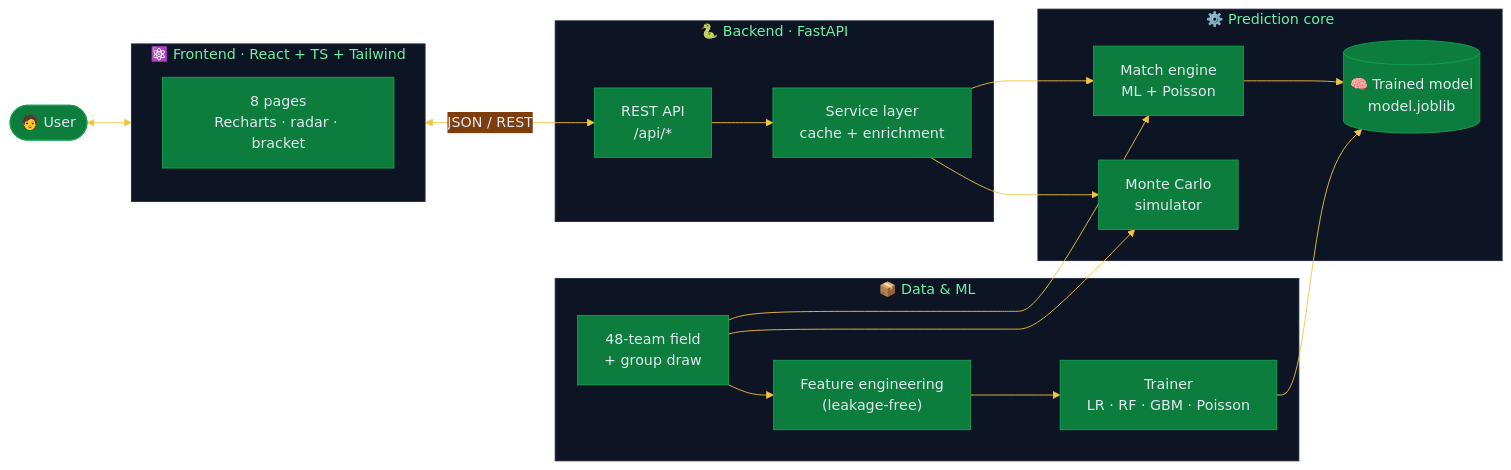
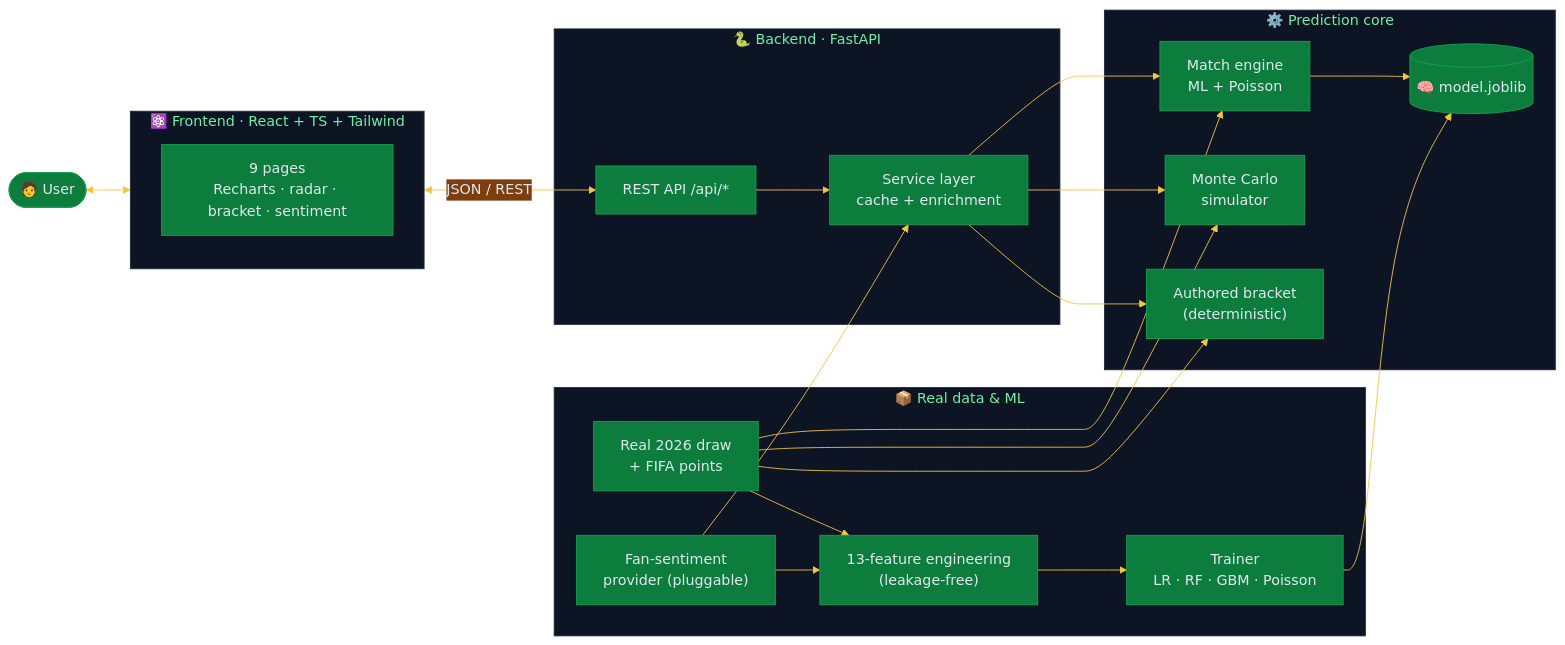
The first of 3 diagrams in README.md (shreyas463/2026-fifa-world-cup-final-predictor), drawn with Mermaid before and after one commit. The commit also changed other lines of this file and 24 other files, not shown here.

````diff
--- a/README.md
+++ b/README.md
@@ -61,37 +68,43 @@
 ```mermaid
 %%{init: {'theme':'base','themeVariables':{'primaryColor':'#0c7d3d','primaryTextColor':'#e2e8f0','primaryBorderColor':'#12a150','lineColor':'#f4c542','fontFamily':'Segoe UI, sans-serif','clusterBkg':'#0d1424','clusterBorder':'#1e293b'}}}%%
 flowchart LR
     User(["🧑 User"]) <--> FE
 
     subgraph FE["⚛️ Frontend · React + TS + Tailwind"]
-        Pages["8 pages<br/>Recharts · radar · bracket"]
+        Pages["9 pages<br/>Recharts · radar · bracket · sentiment"]
     end
 
     FE <-->|"JSON / REST"| API
 
     subgraph BE["🐍 Backend · FastAPI"]
-        API["REST API<br/>/api/*"]
+        API["REST API /api/*"]
         SVC["Service layer<br/>cache + enrichment"]
         API --> SVC
     end
 
     subgraph CORE["⚙️ Prediction core"]
         MATCH["Match engine<br/>ML + Poisson"]
         SIM["Monte Carlo<br/>simulator"]
-        MODEL[("🧠 Trained model<br/>model.joblib")]
+        BRK["Authored bracket<br/>(deterministic)"]
+        MODEL[("🧠 model.joblib")]
     end
 
-    subgraph DATA["📦 Data & ML"]
-        TEAMS["48-team field<br/>+ group draw"]
-        FEAT["Feature engineering<br/>(leakage-free)"]
+    subgraph DATA["📦 Real data & ML"]
+        TEAMS["Real 2026 draw<br/>+ FIFA points"]
+        SENT["Fan-sentiment<br/>provider (pluggable)"]
+        FEAT["13-feature engineering<br/>(leakage-free)"]
         TRAIN["Trainer<br/>LR · RF · GBM · Poisson"]
     end
 
     SVC --> MATCH
     SVC --> SIM
+    SVC --> BRK
     MATCH --> MODEL
     TRAIN --> MODEL
     TEAMS --> FEAT --> TRAIN
+    SENT --> FEAT
+    SENT --> SVC
     TEAMS --> SIM
+    TEAMS --> BRK
     TEAMS --> MATCH
 ```
````
